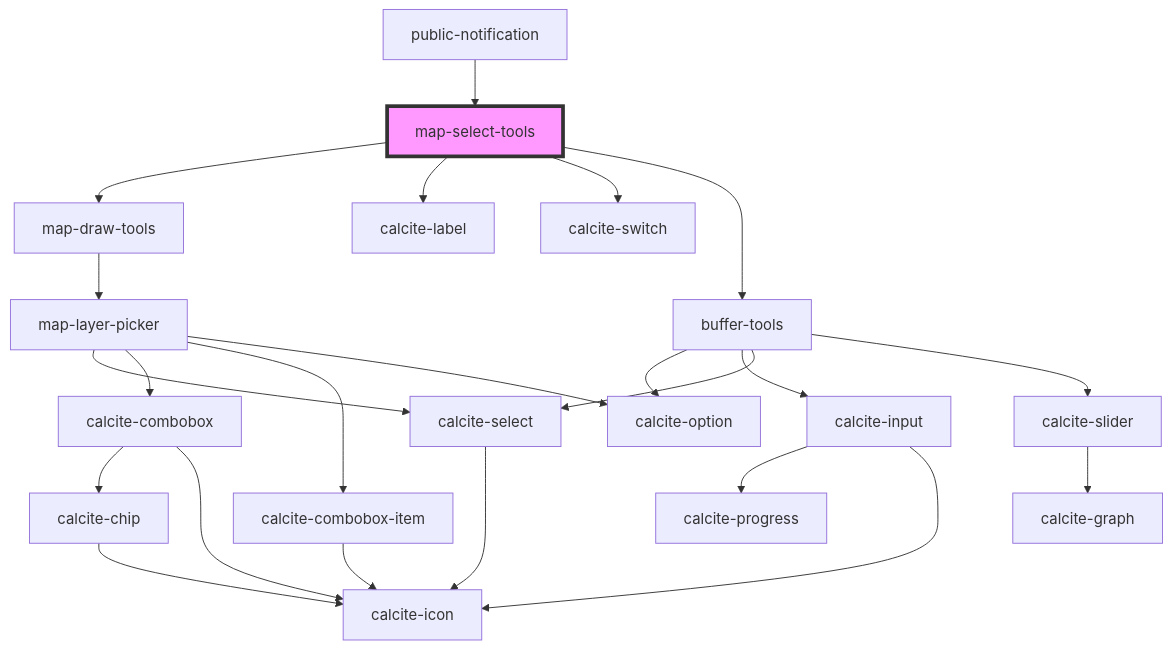
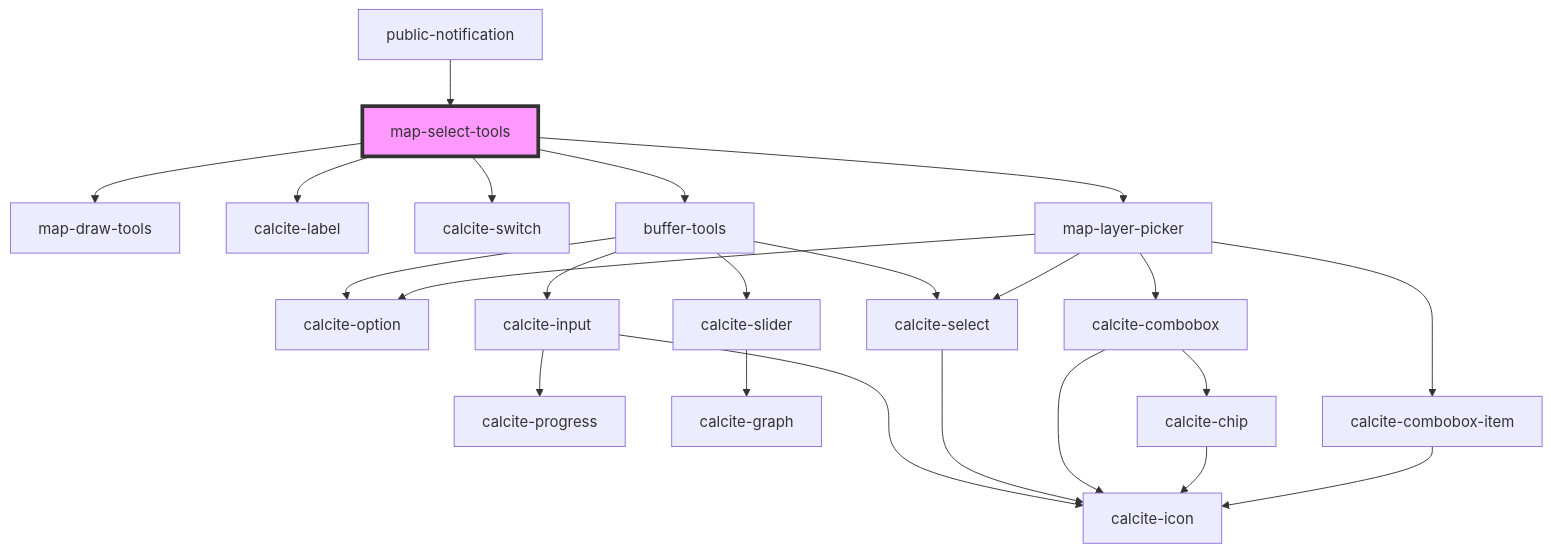
One commit to Esri/solutions-components changed the diagram in src/components/map-select-tools/readme.md. Above: the diagram before and after it, drawn with Mermaid. The commit also changed other lines of this file and 11 other files, not shown here.

````diff
--- a/src/components/map-select-tools/readme.md
+++ b/src/components/map-select-tools/readme.md
@@ -74,26 +75,26 @@
 ```mermaid
 graph TD;
   map-select-tools --> map-draw-tools
   map-select-tools --> calcite-label
   map-select-tools --> calcite-switch
   map-select-tools --> buffer-tools
-  map-draw-tools --> map-layer-picker
-  map-layer-picker --> calcite-select
-  map-layer-picker --> calcite-combobox
-  map-layer-picker --> calcite-combobox-item
-  map-layer-picker --> calcite-option
-  calcite-select --> calcite-icon
-  calcite-combobox --> calcite-chip
-  calcite-combobox --> calcite-icon
-  calcite-chip --> calcite-icon
-  calcite-combobox-item --> calcite-icon
+  map-select-tools --> map-layer-picker
   buffer-tools --> calcite-option
   buffer-tools --> calcite-input
   buffer-tools --> calcite-select
   buffer-tools --> calcite-slider
   calcite-input --> calcite-progress
   calcite-input --> calcite-icon
+  calcite-select --> calcite-icon
   calcite-slider --> calcite-graph
+  map-layer-picker --> calcite-select
+  map-layer-picker --> calcite-combobox
+  map-layer-picker --> calcite-combobox-item
+  map-layer-picker --> calcite-option
+  calcite-combobox --> calcite-chip
+  calcite-combobox --> calcite-icon
+  calcite-chip --> calcite-icon
+  calcite-combobox-item --> calcite-icon
   public-notification --> map-select-tools
   style map-select-tools fill:#f9f,stroke:#333,stroke-width:4px
 ```
````
